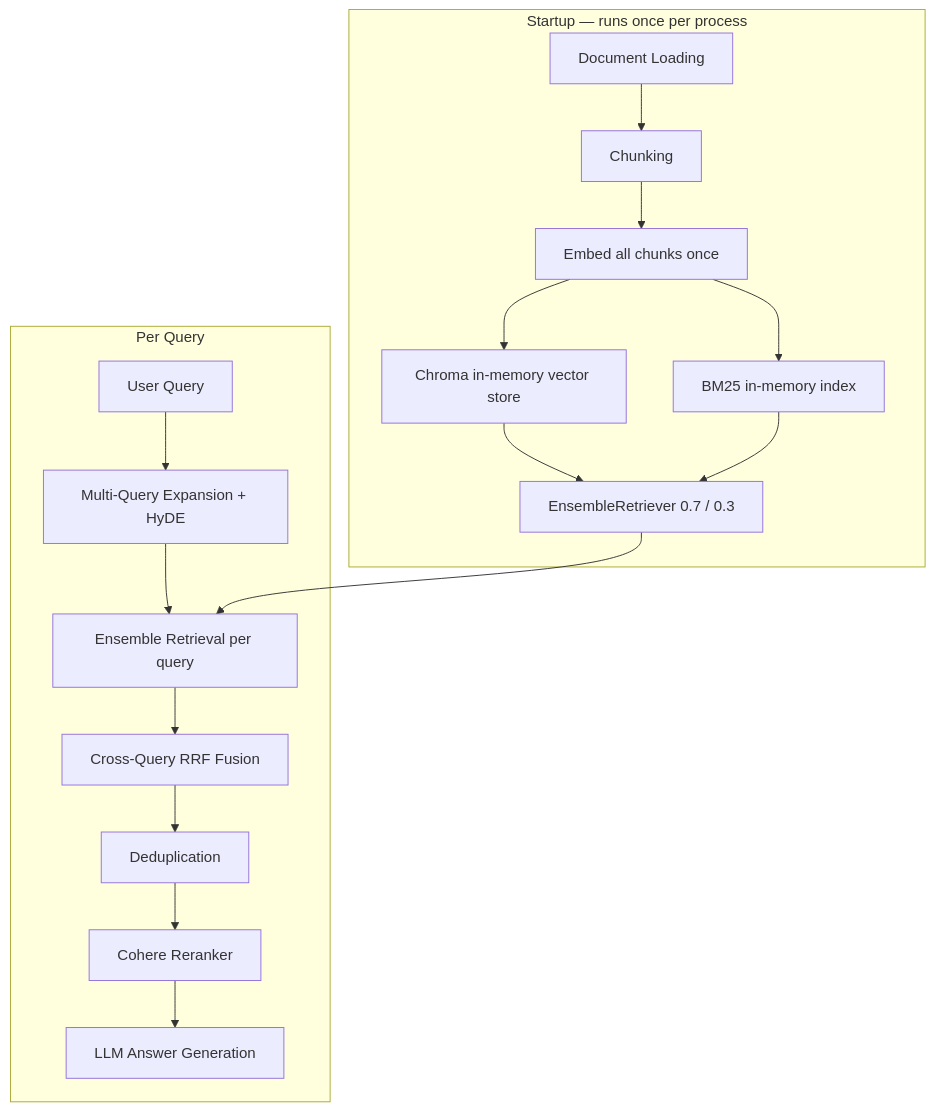
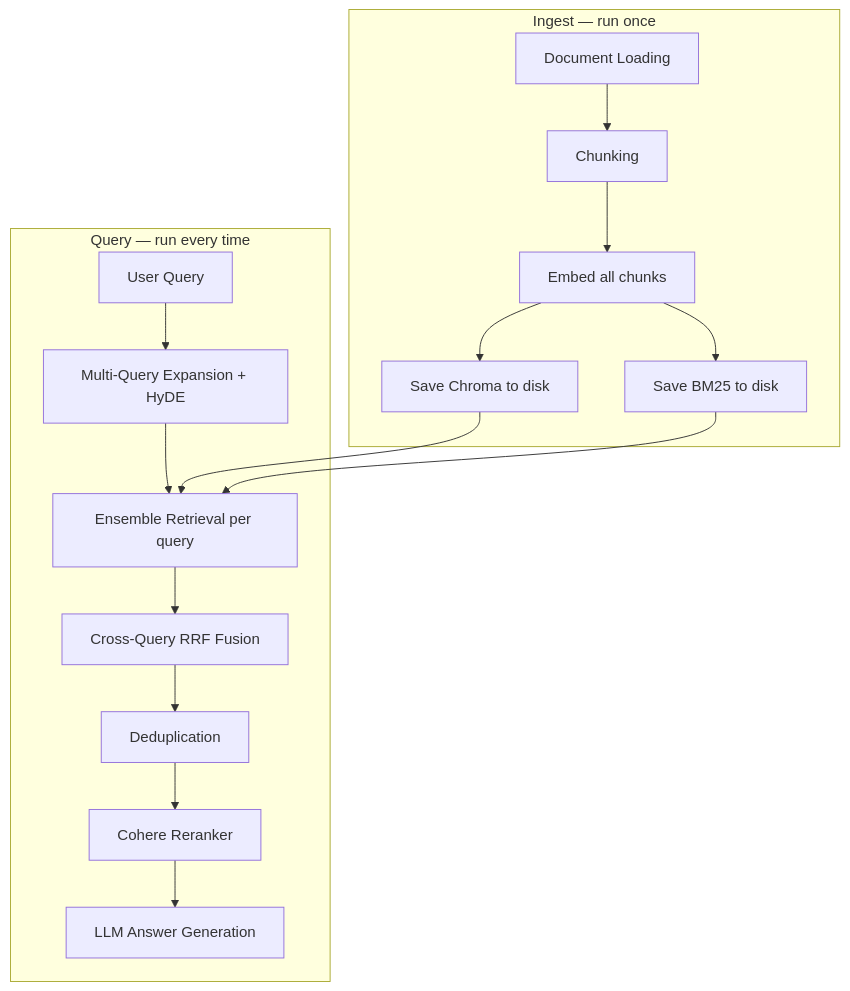
One commit to Gagandeepvjy/RAG changed the diagram in README.md. Above: the diagram before and after it, drawn with Mermaid. The commit also changed other lines of this file, not shown here.

Commit message:
readme file updated for ingest and query seperation

````diff
--- a/README.md
+++ b/README.md
@@ -7,21 +7,20 @@
 ```mermaid
 flowchart TB
-    subgraph startup [Startup — runs once per process]
+    subgraph ingest [Ingest — run once]
         A[Document Loading] --> B[Chunking]
-        B --> C[Embed all chunks once]
-        C --> D1[Chroma in-memory vector store]
-        C --> D2[BM25 in-memory index]
-        D1 & D2 --> E[EnsembleRetriever 0.7 / 0.3]
+        B --> C[Embed all chunks]
+        C --> D1[Save Chroma to disk]
+        C --> D2[Save BM25 to disk]
     end
 
-    subgraph query [Per Query]
+    subgraph query [Query — run every time]
         Q[User Query] --> F[Multi-Query Expansion + HyDE]
         F --> G[Ensemble Retrieval per query]
         G --> H[Cross-Query RRF Fusion]
         H --> I[Deduplication]
         I --> J[Cohere Reranker]
         J --> K[LLM Answer Generation]
     end
 
-    E --> G
+    D1 & D2 --> G
 ```
````
